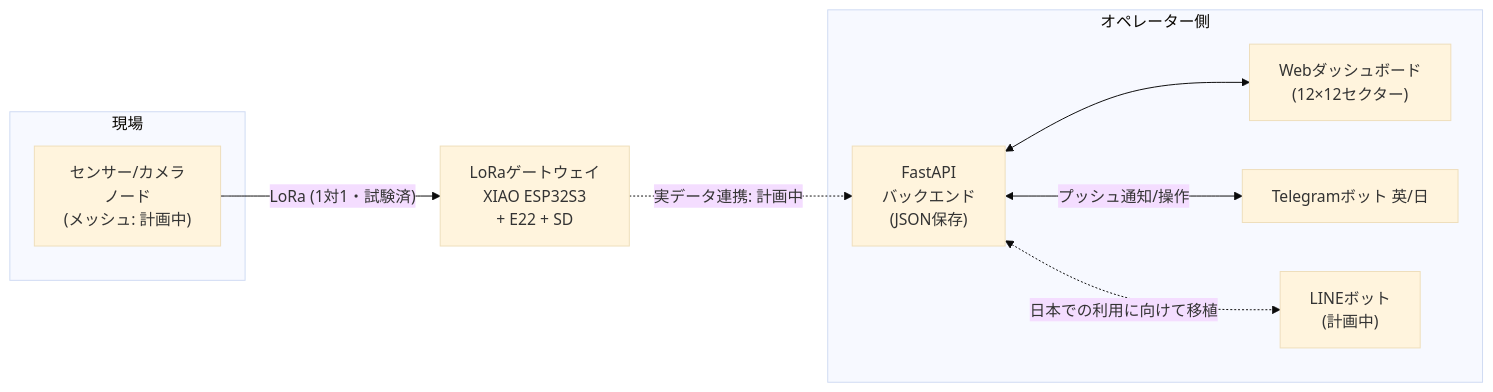
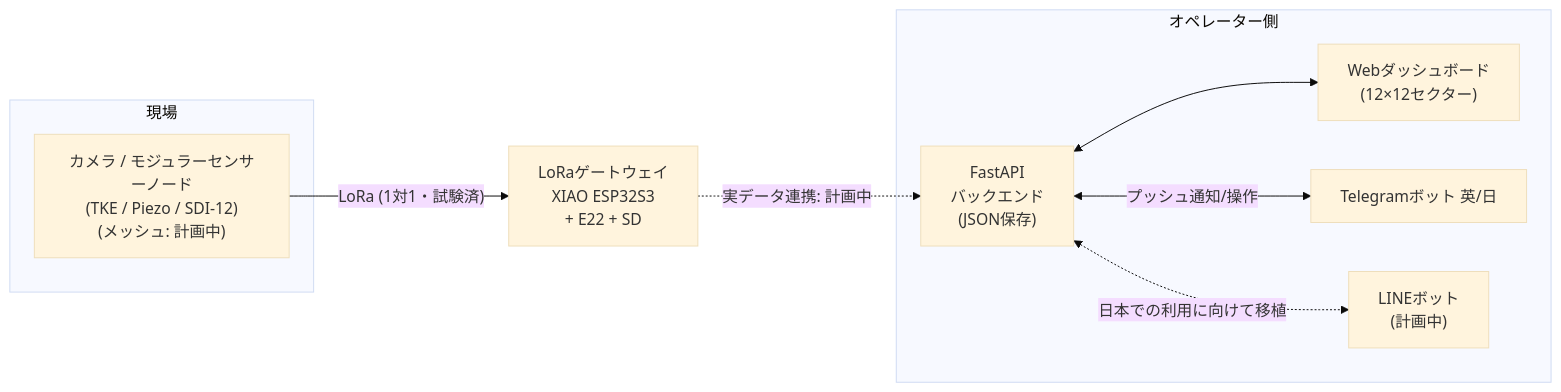
One commit to TonyAbramov/terranode changed the second of 3 diagrams in README.md. Above: the diagram before and after it, drawn with Mermaid (base theme). The commit also changed other lines of this file, not shown here.

````diff
--- a/README.md
+++ b/README.md
@@ -173,18 +184,18 @@
 ```mermaid
 flowchart LR
   subgraph field["現場"]
-    N["センサー/カメラ<br/>ノード<br/>(メッシュ: 計画中)"]
+    N["カメラ / モジュラーセンサーノード<br/>(TKE / Piezo / SDI-12)<br/>(メッシュ: 計画中)"]
   end
   G["LoRaゲートウェイ<br/>XIAO ESP32S3<br/>+ E22 + SD"]
   subgraph op["オペレーター側"]
     B["FastAPI<br/>バックエンド<br/>(JSON保存)"]
     D["Webダッシュボード<br/>(12×12セクター)"]
     T["Telegramボット 英/日"]
     L["LINEボット<br/>(計画中)"]
   end
   N -->|"LoRa (1対1・試験済)"| G
   G -.->|"実データ連携: 計画中"| B
   B <--> D
   B <-->|"プッシュ通知/操作"| T
   B <-.->|"日本での利用に向けて移植"| L
 ```
````
